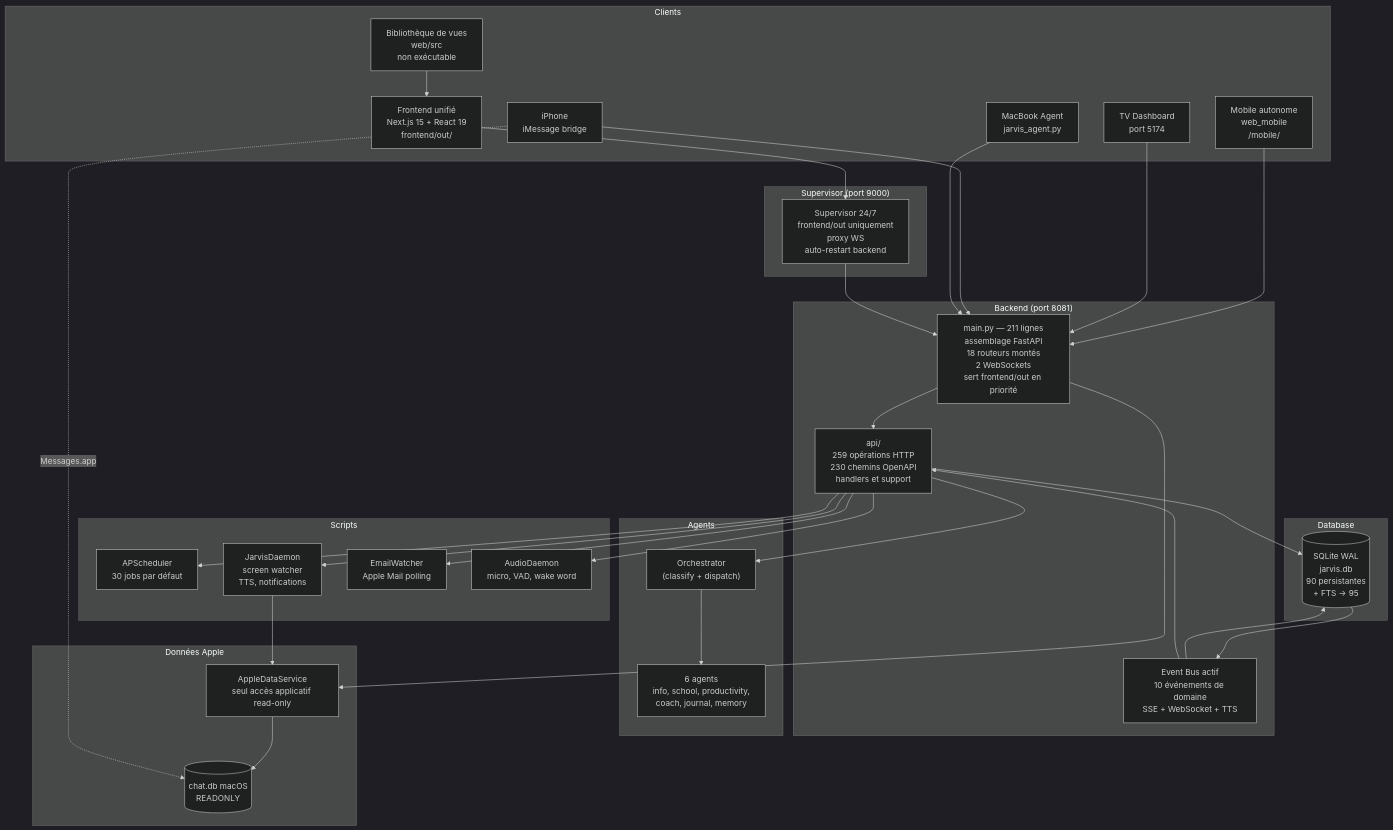
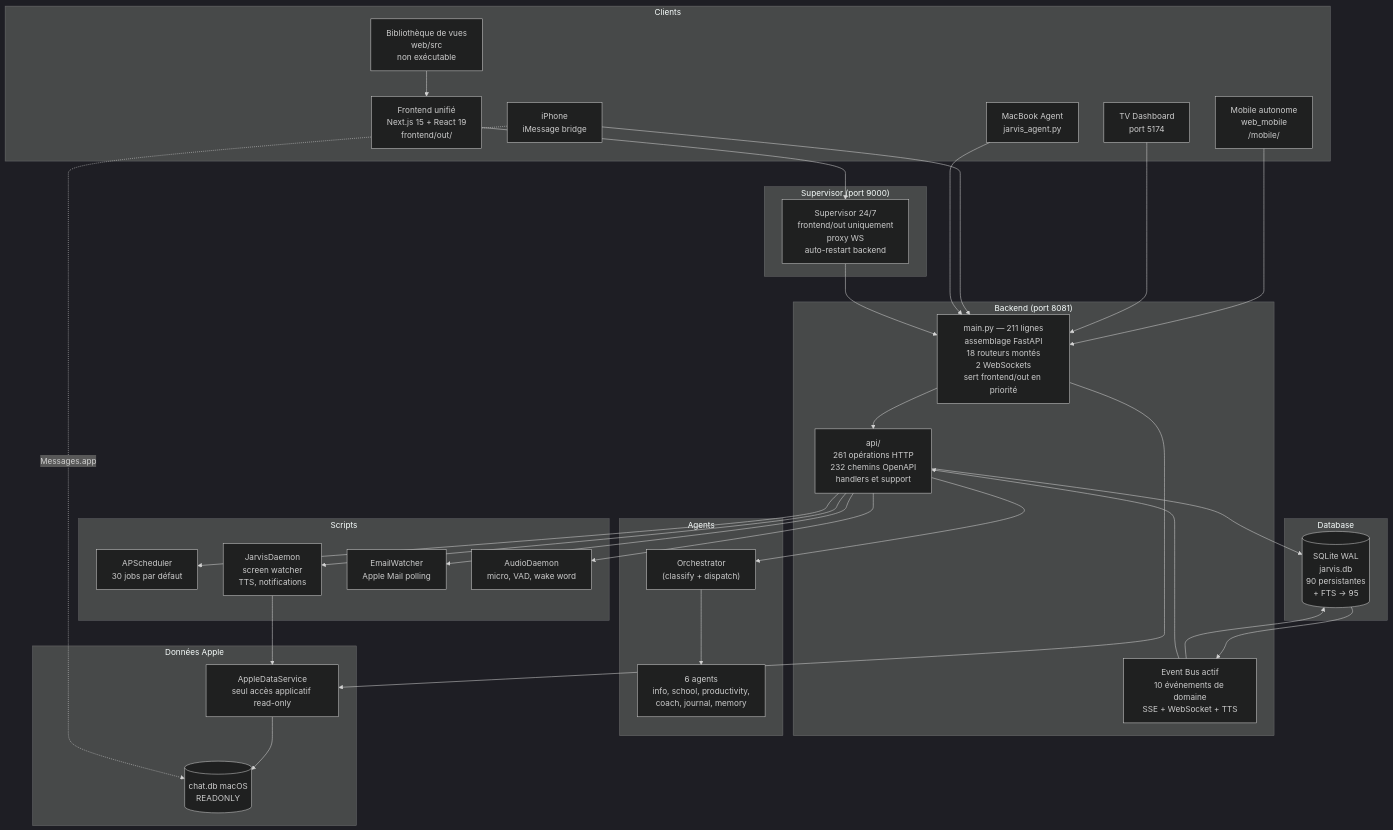
Before and after one commit to AVTAVANTTOUT2/JarvisAPI: the first of 2 diagrams in Architecture/INDEX.md, drawn with Mermaid (dark theme). The commit also changed 15 other files, not shown here.

````diff
--- a/Architecture/INDEX.md
+++ b/Architecture/INDEX.md
@@ -113,65 +113,65 @@
 ```mermaid
 graph TB
     subgraph "Clients"
         FRONT["Frontend unifié<br/>Next.js 15 + React 19<br/>frontend/out/"]
         VIEWS["Bibliothèque de vues<br/>web/src<br/>non exécutable"]
         MOBILE["Mobile autonome<br/>web_mobile<br/>/mobile/"]
         TV["TV Dashboard<br/>port 5174"]
         IMESSAGE["iPhone<br/>iMessage bridge"]
         AGENT["MacBook Agent<br/>jarvis_agent.py"]
     end
 
     subgraph "Supervisor (port 9000)"
         SUP["Supervisor 24/7<br/>frontend/out uniquement<br/>proxy WS<br/>auto-restart backend"]
     end
 
     subgraph "Backend (port 8081)"
         MAIN["main.py — 211 lignes<br/>assemblage FastAPI<br/>18 routeurs montés<br/>2 WebSockets<br/>sert frontend/out en priorité"]
-        API["api/<br/>259 opérations HTTP<br/>230 chemins OpenAPI<br/>handlers et support"]
+        API["api/<br/>261 opérations HTTP<br/>232 chemins OpenAPI<br/>handlers et support"]
         BUS["Event Bus actif<br/>10 événements de domaine<br/>SSE + WebSocket + TTS"]
     end
 
     subgraph "Agents"
         ORCH["Orchestrator<br/>(classify + dispatch)"]
         AG["6 agents<br/>info, school, productivity,<br/>coach, journal, memory"]
     end
 
     subgraph "Database"
         DB[(SQLite WAL<br/>jarvis.db<br/>90 persistantes<br/>+ FTS → 95)]
     end
 
     subgraph "Données Apple"
         APPLE["AppleDataService<br/>seul accès applicatif read-only"]
         CHATDB[(chat.db macOS<br/>READONLY)]
     end
 
     subgraph "Scripts"
         SCHED["APScheduler<br/>30 jobs par défaut"]
         DAEMON["JarvisDaemon<br/>screen watcher<br/>TTS, notifications"]
         EMAILW["EmailWatcher<br/>Apple Mail polling"]
         AUDIOD["AudioDaemon<br/>micro, VAD, wake word"]
     end
 
     FRONT --> SUP
     VIEWS --> FRONT
     MOBILE --> MAIN
     TV --> MAIN
     IMESSAGE --> MAIN
     AGENT --> MAIN
     SUP --> MAIN
     MAIN --> API
     API --> ORCH
     ORCH --> AG
     API --> DB
     DB --> BUS
     BUS --> DB
     BUS --> API
     API --> SCHED
     API --> DAEMON
     API --> EMAILW
     API --> AUDIOD
     MAIN --> APPLE
     DAEMON --> APPLE
     APPLE --> CHATDB
     IMESSAGE -. "Messages.app" .-> CHATDB
 ```
````
